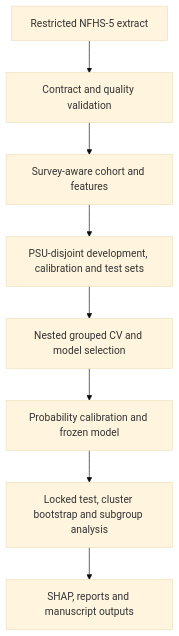
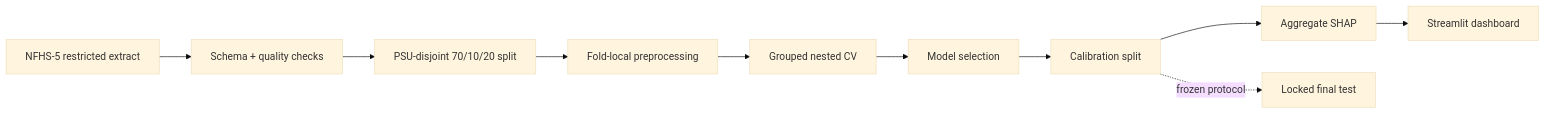
One commit to rjraunak04/nfhs5-anaemia-severity-ml changed the diagram in README.md. Above: the diagram before and after it, drawn with Mermaid (base theme). The commit also changed other lines of this file and 10 other files, not shown here.

````diff
--- a/README.md
+++ b/README.md
@@ -86,10 +33,12 @@
 ```mermaid
-flowchart TD
-    A[Restricted NFHS-5 extract] --> B[Contract and quality validation]
-    B --> C[Survey-aware cohort and features]
-    C --> D[PSU-disjoint development, calibration and test sets]
-    D --> E[Nested grouped CV and model selection]
-    E --> F[Probability calibration and frozen model]
-    F --> G[Locked test, cluster bootstrap and subgroup analysis]
-    G --> H[SHAP, reports and manuscript outputs]
+flowchart LR
+    A[NFHS-5 restricted extract] --> B[Schema + quality checks]
+    B --> C[PSU-disjoint 70/10/20 split]
+    C --> D[Fold-local preprocessing]
+    D --> E[Grouped nested CV]
+    E --> F[Model selection]
+    F --> G[Calibration split]
+    G --> H[Aggregate SHAP]
+    H --> I[Streamlit dashboard]
+    G -. frozen protocol .-> J[Locked final test]
 ```
````
